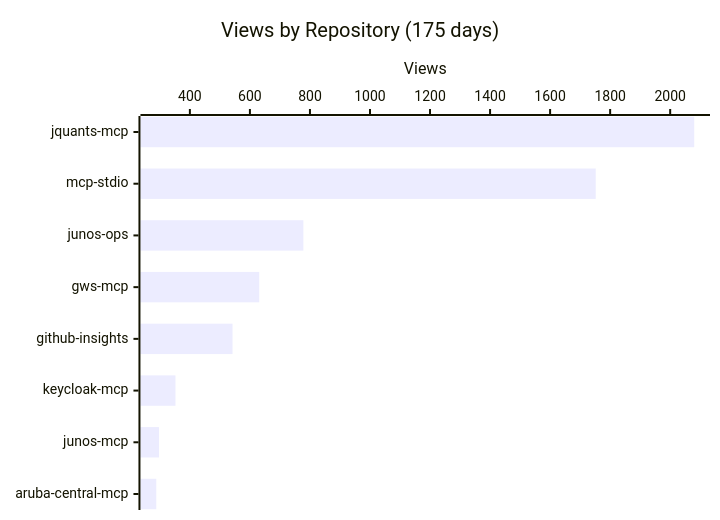
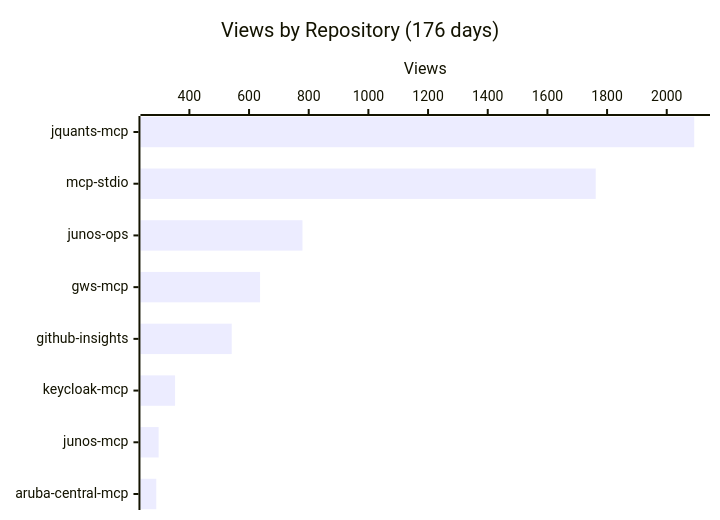
One commit to shigechika/github-insights changed the first of 4 diagrams in README.md. Above: the diagram before and after it, drawn with Mermaid. The commit also changed other lines of this file and 2 other files, not shown here.

````diff
--- a/README.md
+++ b/README.md
@@ -18,7 +18,7 @@
 ```mermaid
 xychart-beta horizontal
-    title "Views by Repository (175 days)"
+    title "Views by Repository (176 days)"
     x-axis ["jquants-mcp", "mcp-stdio", "junos-ops", "gws-mcp", "github-insights", "keycloak-mcp", "junos-mcp", "aruba-central-mcp"]
     y-axis "Views"
-    bar [2080, 1752, 778, 631, 542, 352, 297, 288]
+    bar [2092, 1762, 779, 637, 542, 352, 297, 289]
 ```
````
